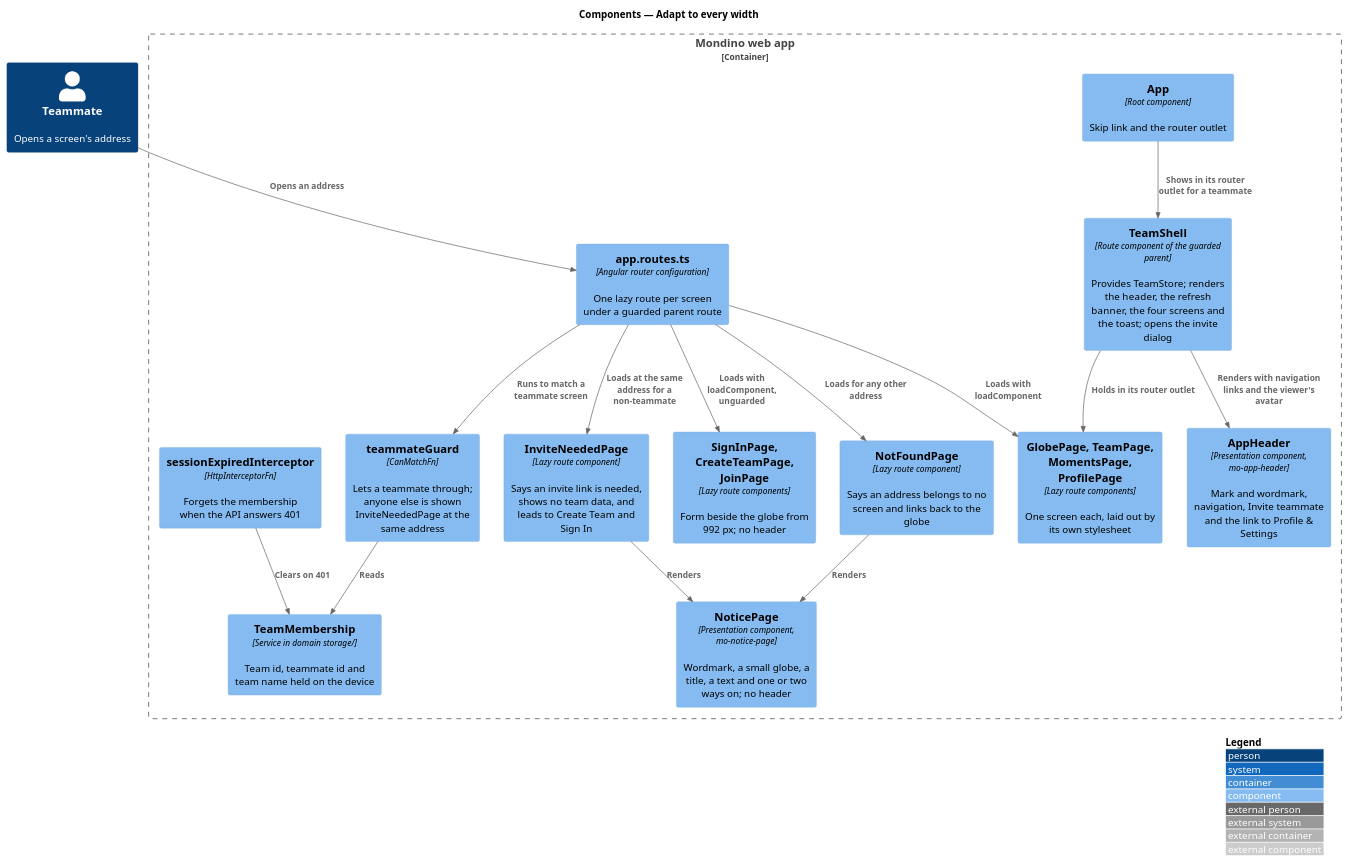
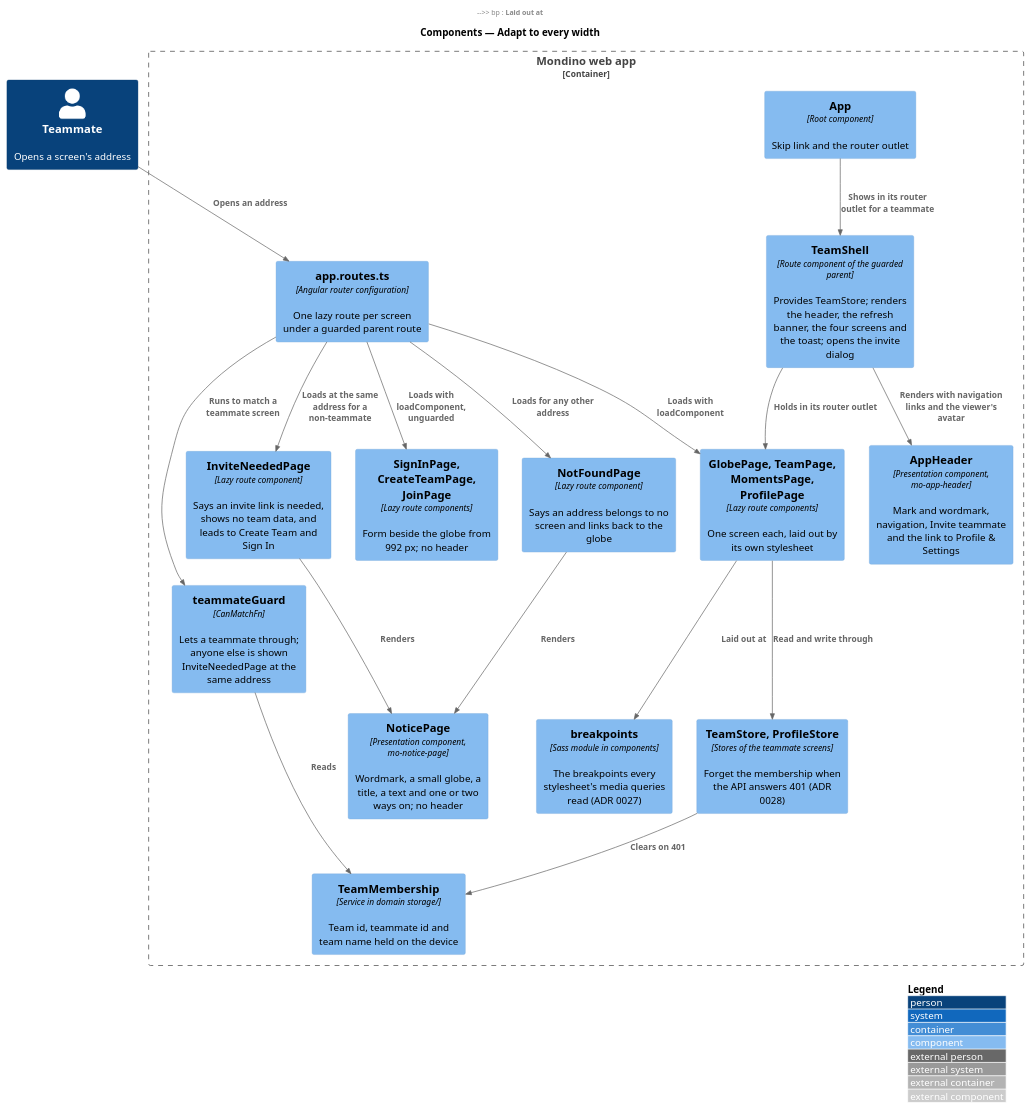
Before and after one commit to QuinntyneBrown/Mondino: the diagram in docs/detailed-designs/platform/adapt-to-every-width/diagrams/c4-component.puml, drawn with PlantUML. The commit also changed 24 other files, not shown here.

First line of the commit message:
Bring the breakpoints and an ended session on Profile & Settings in line with the mocks

```diff
--- a/docs/detailed-designs/platform/adapt-to-every-width/diagrams/c4-component.puml
+++ b/docs/detailed-designs/platform/adapt-to-every-width/diagrams/c4-component.puml
@@ -1,34 +1,38 @@
 @startuml
 !include <C4/C4_Component>
 LAYOUT_WITH_LEGEND()
 title Components — Adapt to every width
 
 Person(teammate, "Teammate", "Opens a screen's address")
 Container_Boundary(spa, "Mondino web app") {
   Component(routes, "app.routes.ts", "Angular router configuration", "One lazy route per screen under a guarded parent route")
   Component(guard, "teammateGuard", "CanMatchFn", "Lets a teammate through; anyone else is shown InviteNeededPage at the same address")
   Component(membership, "TeamMembership", "Service in domain storage/", "Team id, teammate id and team name held on the device")
   Component(app, "App", "Root component", "Skip link and the router outlet")
   Component(shell, "TeamShell", "Route component of the guarded parent", "Provides TeamStore; renders the header, the refresh banner, the four screens and the toast; opens the invite dialog")
   Component(header, "AppHeader", "Presentation component, mo-app-header", "Mark and wordmark, navigation, Invite teammate and the link to Profile & Settings")
   Component(pages, "GlobePage, TeamPage, MomentsPage, ProfilePage", "Lazy route components", "One screen each, laid out by its own stylesheet")
   Component(needed, "InviteNeededPage", "Lazy route component", "Says an invite link is needed, shows no team data, and leads to Create Team and Sign In")
   Component(notice, "NoticePage", "Presentation component, mo-notice-page", "Wordmark, a small globe, a title, a text and one or two ways on; no header")
   Component(auth, "SignInPage, CreateTeamPage, JoinPage", "Lazy route components", "Form beside the globe from 992 px; no header")
   Component(notfound, "NotFoundPage", "Lazy route component", "Says an address belongs to no screen and links back to the globe")
-  Component(expired, "sessionExpiredInterceptor", "HttpInterceptorFn", "Forgets the membership when the API answers 401")
+  Component(stores, "TeamStore, ProfileStore", "Stores of the teammate screens", "Forget the membership when the API answers 401 (ADR 0028)")
+  Component(bp, "breakpoints", "Sass module in components", "The breakpoints every stylesheet's media queries read (ADR 0027)")
 }
 Rel(teammate, routes, "Opens an address")
 Rel(routes, guard, "Runs to match a teammate screen")
 Rel(guard, membership, "Reads")
 Rel(routes, needed, "Loads at the same address for a non-teammate")
 Rel(routes, notfound, "Loads for any other address")
 Rel(routes, pages, "Loads with loadComponent")
 Rel(app, shell, "Shows in its router outlet for a teammate")
 Rel(shell, header, "Renders with navigation links and the viewer's avatar")
 Rel(shell, pages, "Holds in its router outlet")
 Rel(needed, notice, "Renders")
 Rel(notfound, notice, "Renders")
 Rel(routes, auth, "Loads with loadComponent, unguarded")
-Rel(expired, membership, "Clears on 401")
+Rel(stores, membership, "Clears on 401")
+Rel(pages, stores, "Read and write through")
+Rel(pages, bp, "Laid out at")
+Rel(header, bp, "Laid out at")
 @enduml
```
